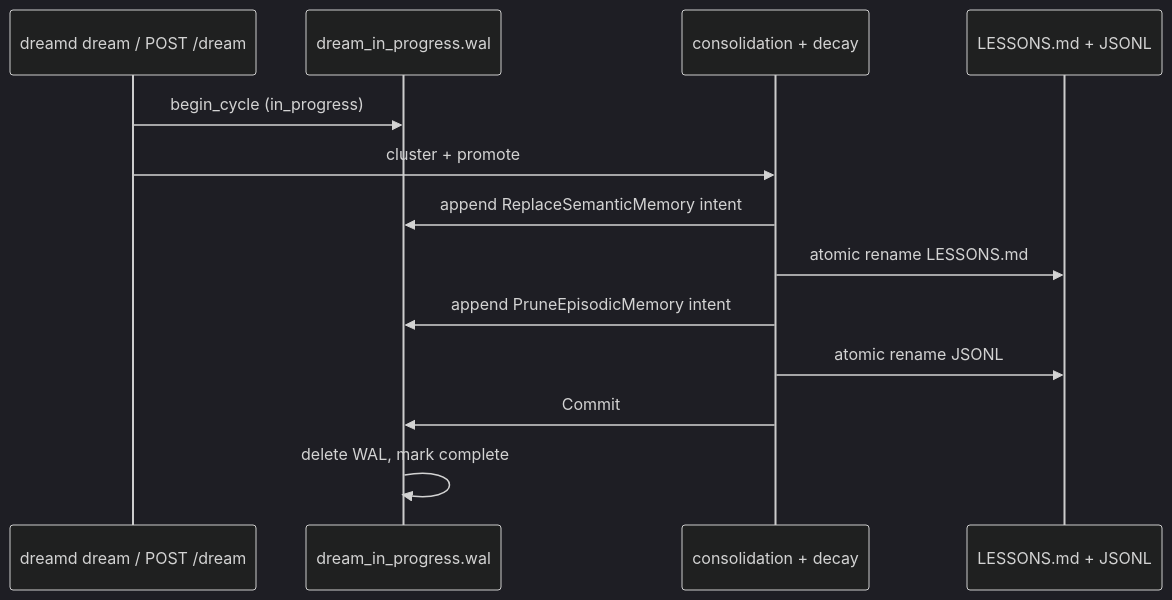
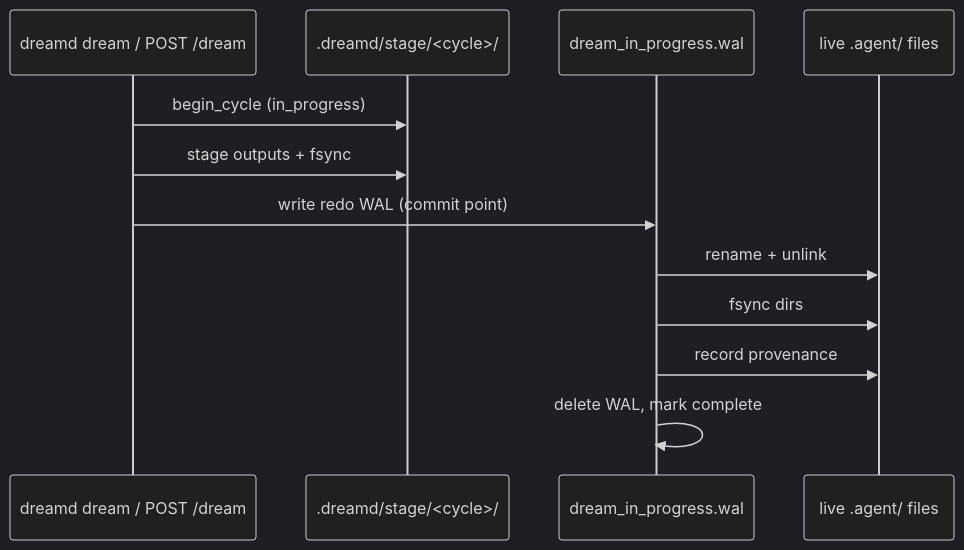
The fourth of 4 diagrams in ARCHITECTURE.md (botzrDev/dreamd), drawn with Mermaid (dark theme) before and after one commit. The commit also changed other lines of this file and 36 other files, not shown here.

````diff
--- a/ARCHITECTURE.md
+++ b/ARCHITECTURE.md
@@ -163,16 +163,15 @@
 ```mermaid
 sequenceDiagram
     participant CLI as dreamd dream / POST /dream
+    participant Stage as .dreamd/stage/<cycle>/
     participant WAL as dream_in_progress.wal
-    participant Cycle as consolidation + decay
-    participant FS as LESSONS.md + JSONL
+    participant FS as live .agent/ files
 
-    CLI->>WAL: begin_cycle (in_progress)
-    CLI->>Cycle: cluster + promote
-    Cycle->>WAL: append ReplaceSemanticMemory intent
-    Cycle->>FS: atomic rename LESSONS.md
-    Cycle->>WAL: append PruneEpisodicMemory intent
-    Cycle->>FS: atomic rename JSONL
-    Cycle->>WAL: Commit
+    CLI->>Stage: begin_cycle (in_progress)
+    CLI->>Stage: stage outputs + fsync
+    CLI->>WAL: write redo WAL (commit point)
+    WAL->>FS: rename + unlink
+    WAL->>FS: fsync dirs
+    WAL->>FS: record provenance
     WAL->>WAL: delete WAL, mark complete
 ```
````
